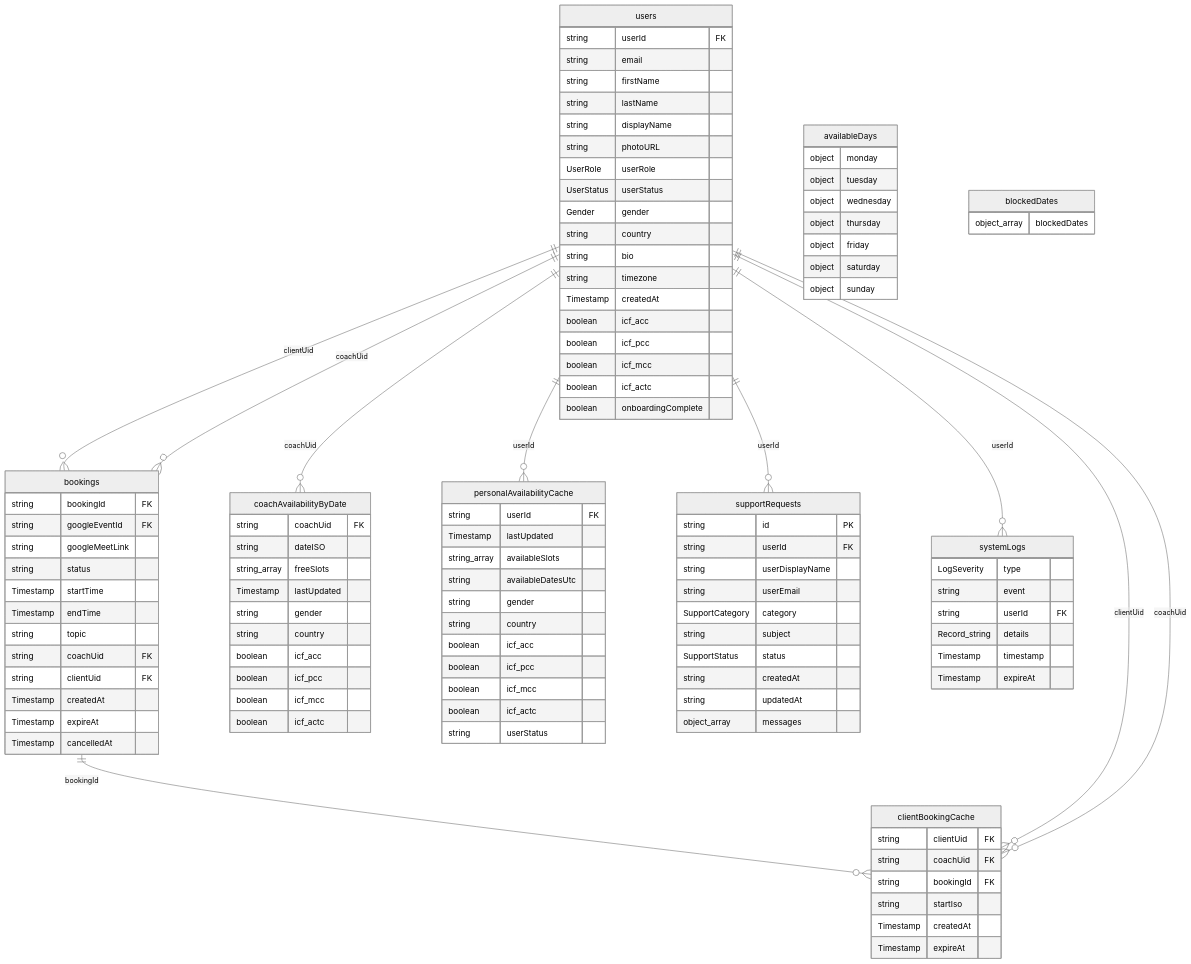
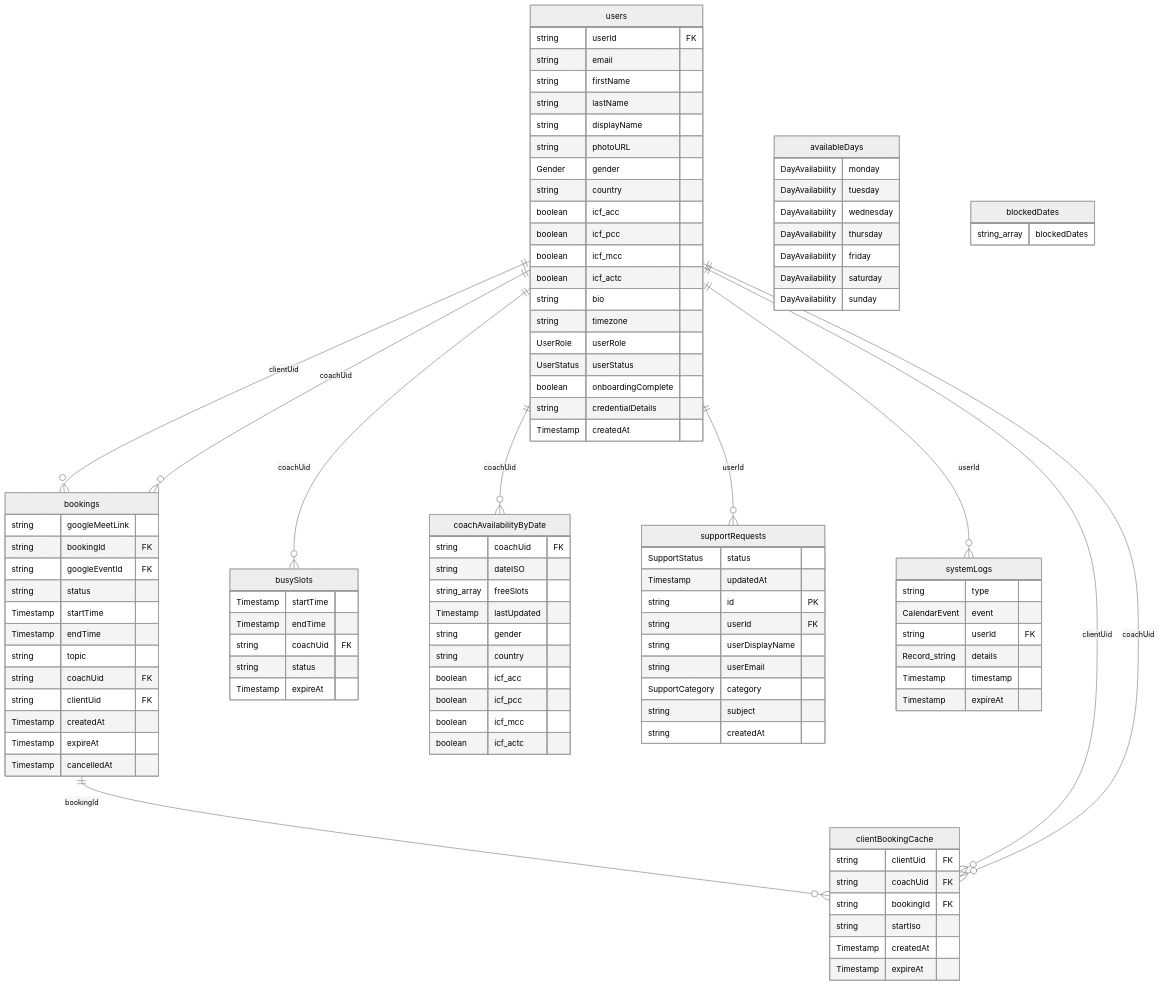
The diagram in docs/schema-erd.md (premkumar-masilamani/peer-coaching-network), drawn with Mermaid (neutral theme) before and after one commit. The commit also changed other lines of this file and 4 other files, not shown here.

````diff
--- a/docs/schema-erd.md
+++ b/docs/schema-erd.md
@@ -13,31 +13,31 @@
     bookings ||--o{ clientBookingCache : "bookingId"
     users ||--o{ bookings : "clientUid"
     users ||--o{ bookings : "coachUid"
+    users ||--o{ busySlots : "coachUid"
     users ||--o{ clientBookingCache : "clientUid"
     users ||--o{ clientBookingCache : "coachUid"
     users ||--o{ coachAvailabilityByDate : "coachUid"
-    users ||--o{ personalAvailabilityCache : "userId"
     users ||--o{ supportRequests : "userId"
     users ||--o{ systemLogs : "userId"
 
     availableDays {
-        object monday
-        object tuesday
-        object wednesday
-        object thursday
-        object friday
-        object saturday
-        object sunday
+        DayAvailability monday
+        DayAvailability tuesday
+        DayAvailability wednesday
+        DayAvailability thursday
+        DayAvailability friday
+        DayAvailability saturday
+        DayAvailability sunday
     }
 
     blockedDates {
-        object_array blockedDates
+        string_array blockedDates
     }
 
     bookings {
+        string googleMeetLink
         string bookingId FK
         string googleEventId FK
-        string googleMeetLink
         string status
         Timestamp startTime
         Timestamp endTime
@@ -47,6 +47,14 @@
         Timestamp createdAt
         Timestamp expireAt
         Timestamp cancelledAt
+    }
+
+    busySlots {
+        Timestamp startTime
+        Timestamp endTime
+        string coachUid FK
+        string status
+        Timestamp expireAt
     }
 
     clientBookingCache {
@@ -71,36 +79,21 @@
         boolean icf_actc
     }
 
-    personalAvailabilityCache {
-        string userId FK
-        Timestamp lastUpdated
-        string_array availableSlots
-        string availableDatesUtc
-        string gender
-        string country
-        boolean icf_acc
-        boolean icf_pcc
-        boolean icf_mcc
-        boolean icf_actc
-        string userStatus
-    }
-
     supportRequests {
+        SupportStatus status
+        Timestamp updatedAt
         string id PK
         string userId FK
         string userDisplayName
         string userEmail
         SupportCategory category
         string subject
-        SupportStatus status
         string createdAt
-        string updatedAt
-        object_array messages
     }
 
     systemLogs {
-        LogSeverity type
-        string event
+        string type
+        CalendarEvent event
         string userId FK
         Record_string details
         Timestamp timestamp
@@ -114,17 +107,18 @@
         string lastName
         string displayName
         string photoURL
-        UserRole userRole
-        UserStatus userStatus
         Gender gender
         string country
-        string bio
-        string timezone
-        Timestamp createdAt
         boolean icf_acc
         boolean icf_pcc
         boolean icf_mcc
         boolean icf_actc
+        string bio
+        string timezone
+        UserRole userRole
+        UserStatus userStatus
         boolean onboardingComplete
+        string credentialDetails
+        Timestamp createdAt
     }
 ```
````
